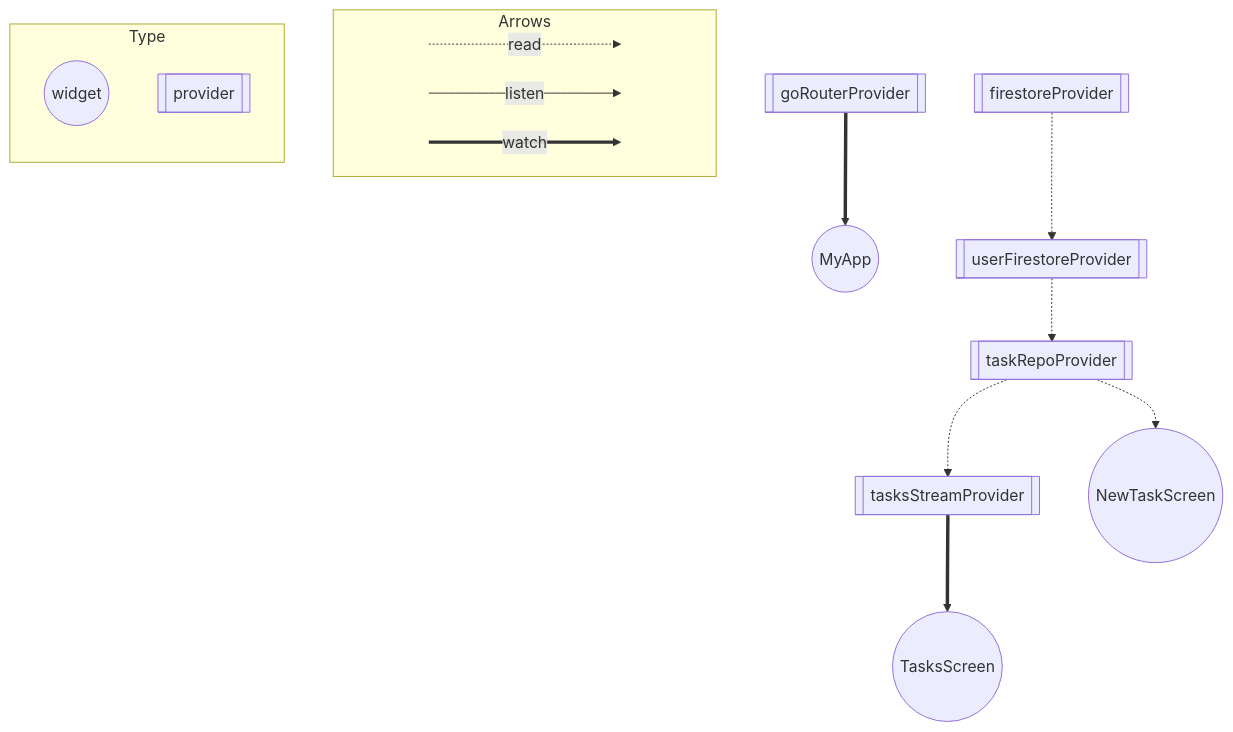
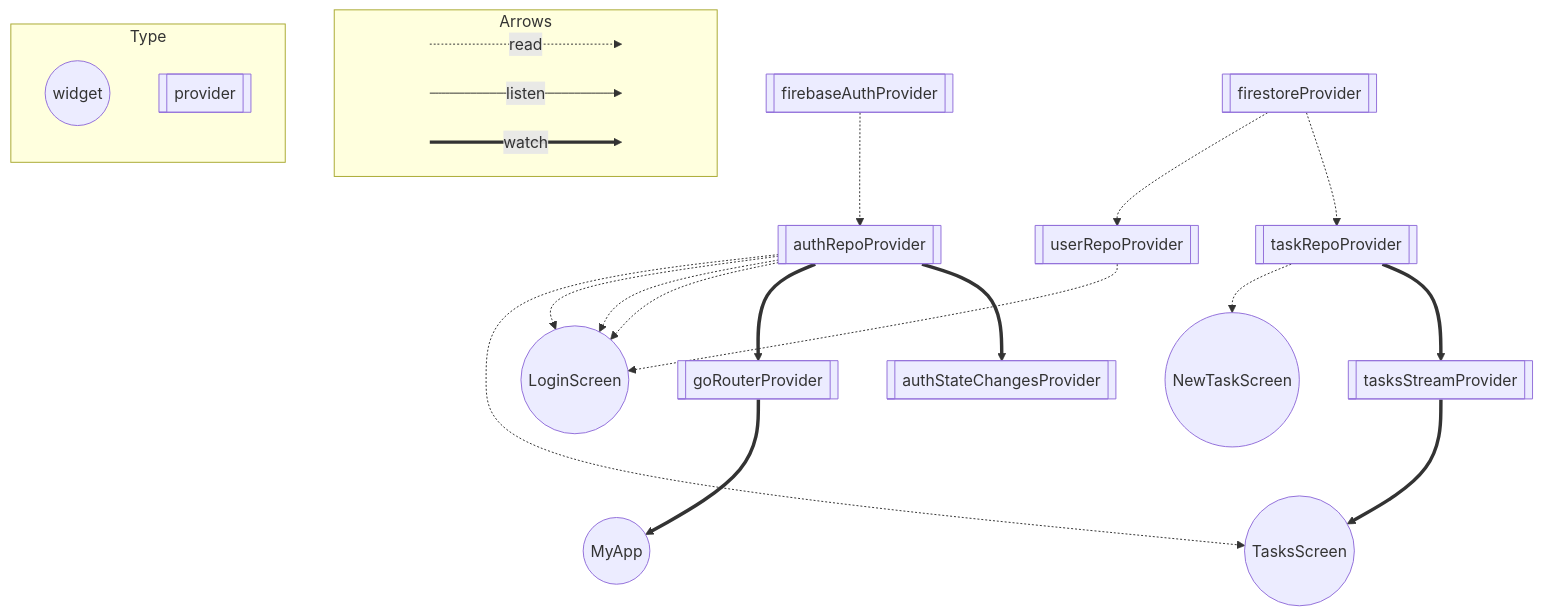
Before and after one commit to Gonmura-inc/riverpod_training: the diagram in README.md, drawn with Mermaid. The commit also changed other lines of this file and 1 other file, not shown here.

Commit message:
readme更新

````diff
--- a/README.md
+++ b/README.md
@@ -42,35 +56,47 @@
 ```mermaid
 flowchart TB
   subgraph Arrows
     direction LR
     start1[ ] -..->|read| stop1[ ]
     style start1 height:0px;
     style stop1 height:0px;
     start2[ ] --->|listen| stop2[ ]
     style start2 height:0px;
     style stop2 height:0px; 
     start3[ ] ===>|watch| stop3[ ]
     style start3 height:0px;
     style stop3 height:0px; 
   end
 
   subgraph Type
     direction TB
     ConsumerWidget((widget));
     Provider[[provider]];
   end
   MyApp((MyApp));
   goRouterProvider ==> MyApp;
   TasksScreen((TasksScreen));
   tasksStreamProvider ==> TasksScreen;
+  authRepoProvider -.-> TasksScreen;
+  LoginScreen((LoginScreen));
+  authRepoProvider -.-> LoginScreen;
+  authRepoProvider -.-> LoginScreen;
+  authRepoProvider -.-> LoginScreen;
+  userRepoProvider -.-> LoginScreen;
   NewTaskScreen((NewTaskScreen));
   taskRepoProvider -.-> NewTaskScreen;
   goRouterProvider[[goRouterProvider]];
+  authRepoProvider ==> goRouterProvider;
   tasksStreamProvider[[tasksStreamProvider]];
-  taskRepoProvider -.-> tasksStreamProvider;
+  taskRepoProvider ==> tasksStreamProvider;
+  authRepoProvider[[authRepoProvider]];
+  firebaseAuthProvider -.-> authRepoProvider;
+  userRepoProvider[[userRepoProvider]];
+  firestoreProvider -.-> userRepoProvider;
   taskRepoProvider[[taskRepoProvider]];
-  userFirestoreProvider -.-> taskRepoProvider;
-  userFirestoreProvider[[userFirestoreProvider]];
-  firestoreProvider -.-> userFirestoreProvider;
+  firestoreProvider -.-> taskRepoProvider;
   firestoreProvider[[firestoreProvider]];
+  authStateChangesProvider[[authStateChangesProvider]];
+  authRepoProvider ==> authStateChangesProvider;
+  firebaseAuthProvider[[firebaseAuthProvider]];
 ```
````
